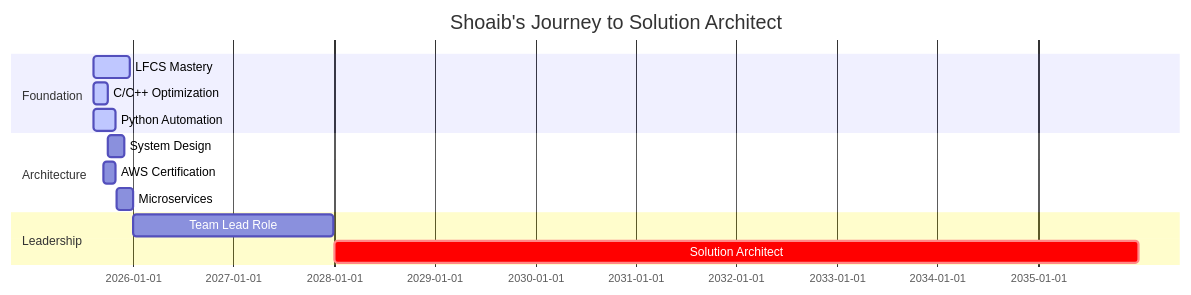
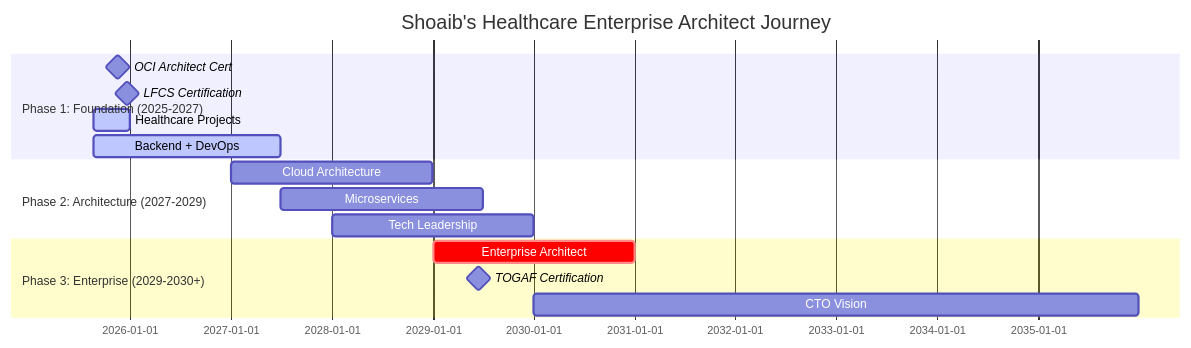
Before and after one commit to mdshoaibumer/mdshoaibumer: the diagram in README.md, drawn with Mermaid. The commit also changed other lines of this file, not shown here.

````diff
--- a/README.md
+++ b/README.md
@@ -179,16 +186,20 @@
 ```mermaid
 gantt
-    title Shoaib's Journey to Solution Architect
+    title Shoaib's Healthcare Enterprise Architect Journey
     dateFormat  YYYY-MM-DD
-    section Foundation
-    LFCS Mastery           :active, lfcs, 2025-08-11, 2025-12-21
-    C/C++ Optimization     :active, cpp, 2025-08-11, 2025-09-30
-    Python Automation      :active, python, 2025-08-11, 2025-10-31
-    section Architecture
-    System Design          :system, 2025-10-01, 2025-11-30
-    AWS Certification      :aws, 2025-09-15, 2025-10-31
-    Microservices          :micro, 2025-11-01, 2025-12-31
-    section Leadership
-    Team Lead Role         :lead, 2026-01-01, 2027-12-31
-    Solution Architect     :crit, arch, 2028-01-01, 2035-12-31
+    section Phase 1: Foundation (2025-2027)
+    OCI Architect Cert    :milestone, oci1, 2025-11-15, 1d
+    LFCS Certification    :milestone, lfcs, 2025-12-20, 1d
+    Healthcare Projects   :active, projects, 2025-08-21, 2025-12-31
+    Backend + DevOps      :active, backend, 2025-08-21, 2027-06-30
+    
+    section Phase 2: Architecture (2027-2029) 
+    Cloud Architecture    :arch, 2027-01-01, 2028-12-31
+    Microservices         :micro, 2027-07-01, 2029-06-30
+    Tech Leadership       :lead, 2028-01-01, 2029-12-31
+    
+    section Phase 3: Enterprise (2029-2030+)
+    Enterprise Architect  :crit, ea, 2029-01-01, 2030-12-31
+    TOGAF Certification  :milestone, togaf, 2029-06-15, 1d
+    CTO Vision           :cto, 2030-01-01, 2035-12-31
 ```
````
